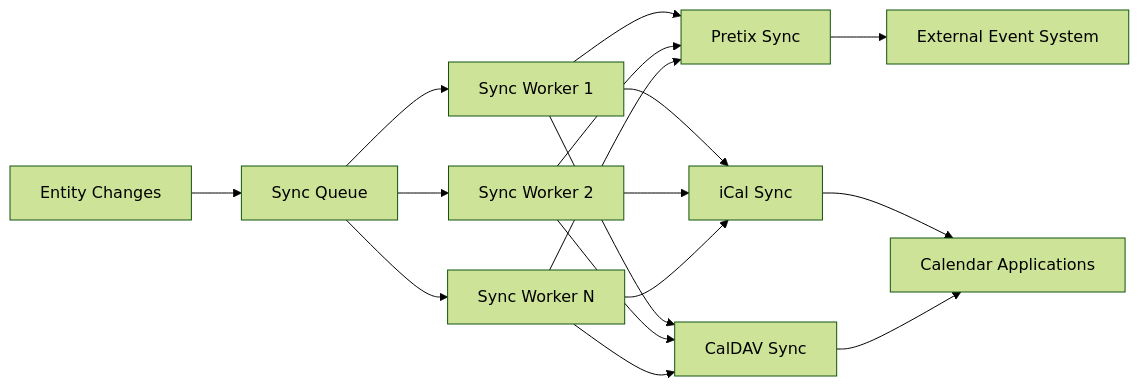
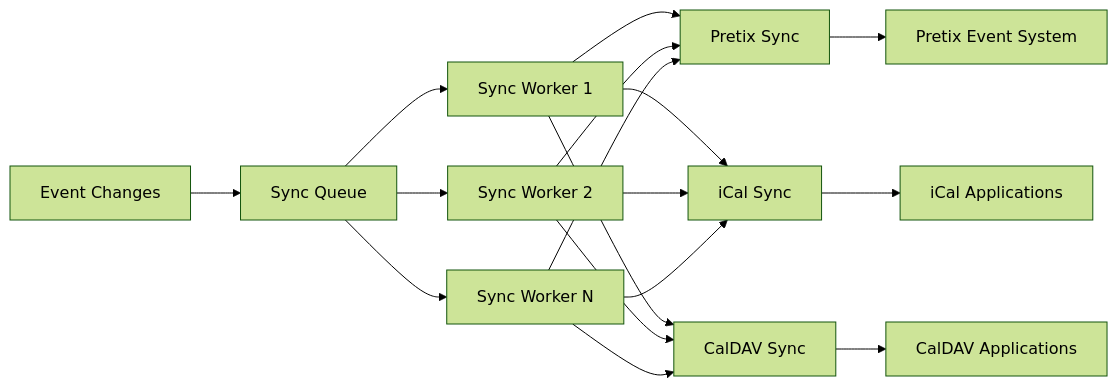
The sixth of 11 diagrams in openwiki/architecture/overview.md (zam-haus/eventkoordinator), drawn with Mermaid (forest theme) before and after one commit. The commit also changed other lines of this file and 4 other files, not shown here.

````diff
--- a/openwiki/architecture/overview.md
+++ b/openwiki/architecture/overview.md
@@ -271,23 +276,23 @@
 ```mermaid
 flowchart LR
-    A["Entity Changes"] --> B["Sync Queue"]
+    A["Event Changes"] --> B["Sync Queue"]
     B --> C["Sync Worker 1"]
     B --> D["Sync Worker 2"]
     B --> E["Sync Worker N"]
     
     C --> F["Pretix Sync"]
     C --> G["iCal Sync"]
     C --> H["CalDAV Sync"]
     
     D --> F
     D --> G
     D --> H
     
     E --> F
     E --> G
     E --> H
     
-    F --> I["External Event System"]
-    G --> J["Calendar Applications"]
-    H --> J
+    F --> I["Pretix Event System"]
+    G --> J["iCal Applications"]
+    H --> K["CalDAV Applications"]
 ```
````
